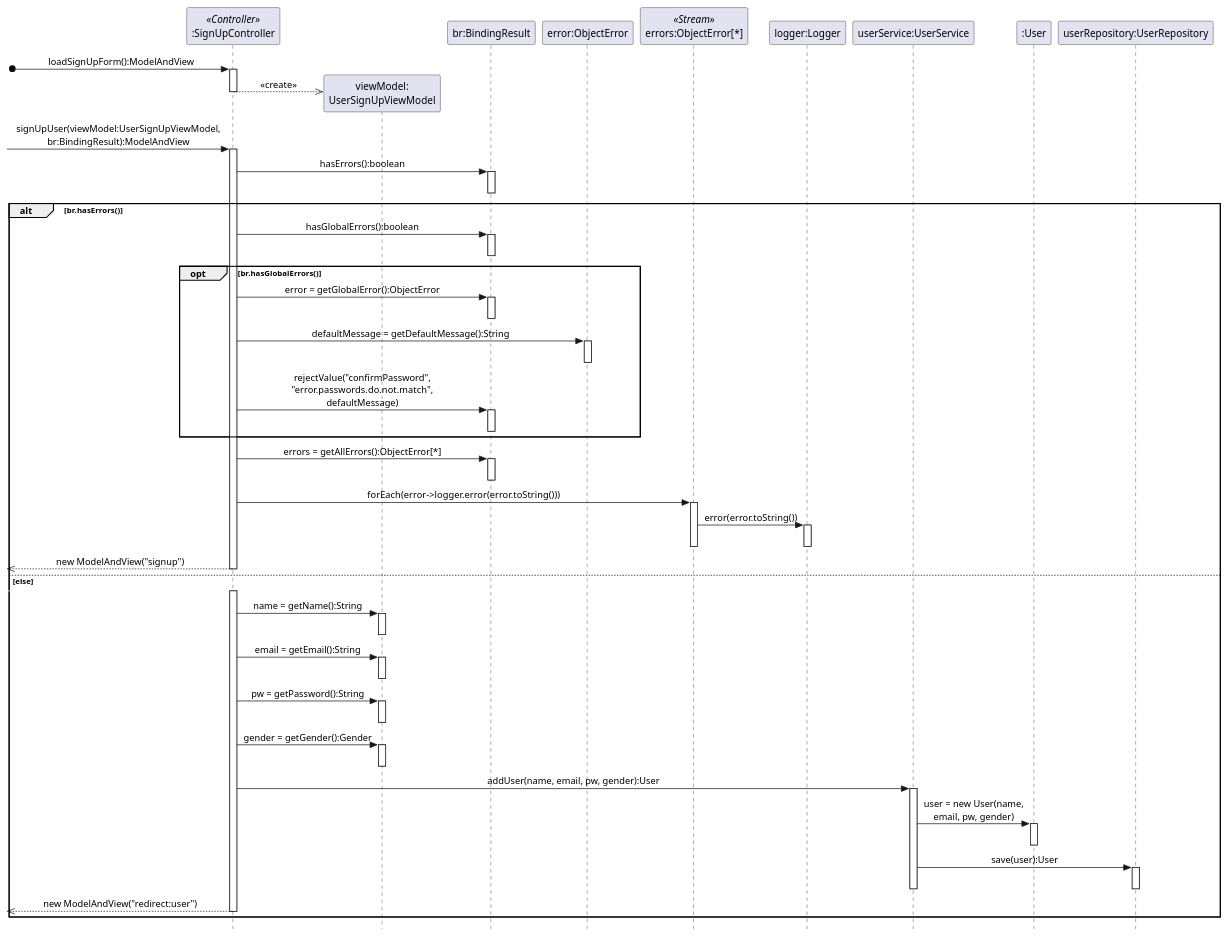
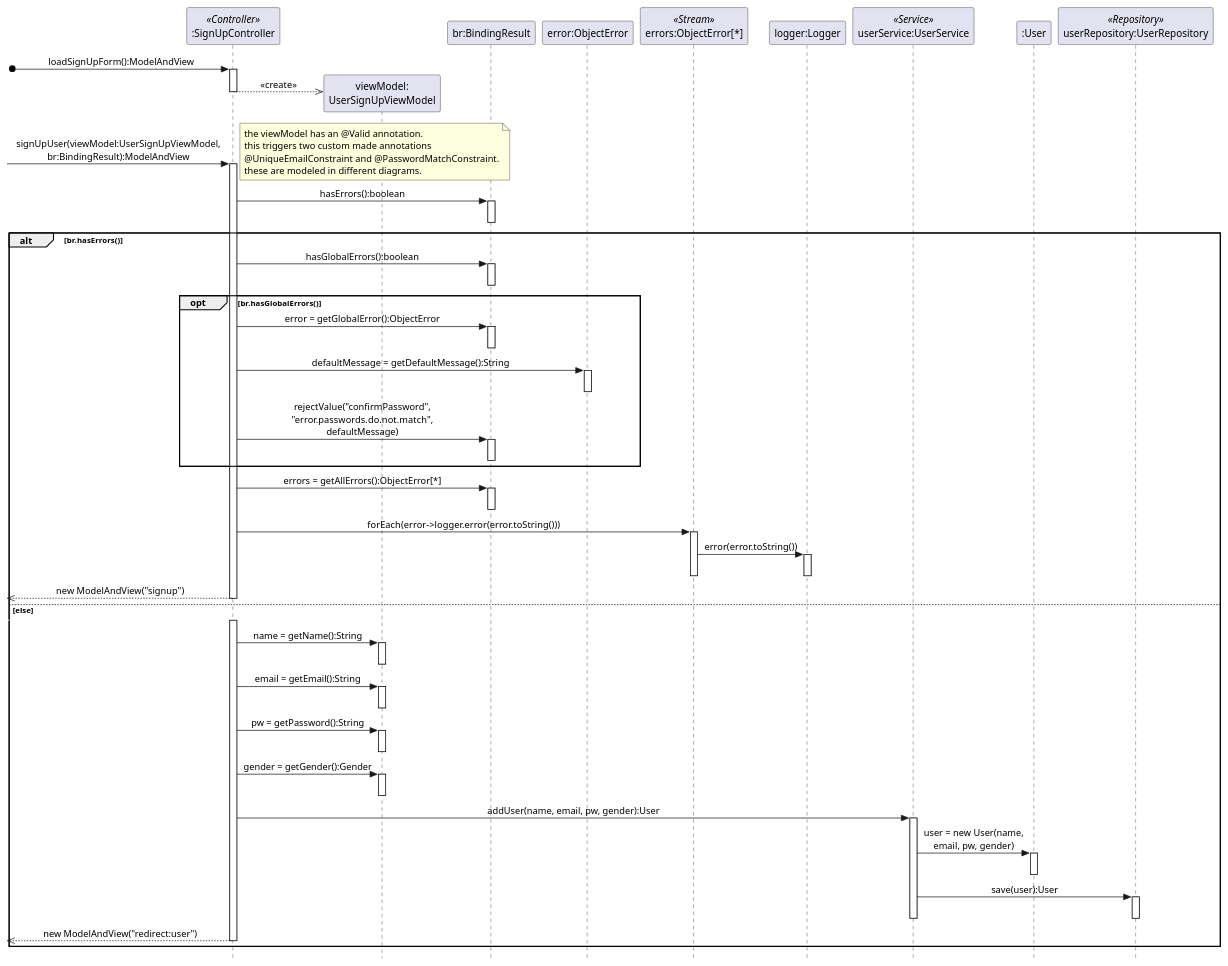
The first of 3 diagrams in plantuml/interaction diagrams sign up.puml (Seifeldin-Sabry/Eirene), drawn with PlantUML before and after one commit. The commit also changed other lines of this file, not shown here.

Commit message:
chore:updated interaction diagrams signing up

```diff
--- a/plantuml/interaction diagrams sign up.puml
+++ b/plantuml/interaction diagrams sign up.puml
@@ -1,62 +1,68 @@
 @startuml creating an account
 
 skinparam style strictuml
 skinparam sequenceMessageAlign center
 autoactivate on
 'skinparam maxMessageSize 150
 
 
 participant ":SignUpController" as signup <<Controller>>
 participant "viewModel:\nUserSignUpViewModel" as viewmodel
 participant "br:BindingResult" as br
 participant "error:ObjectError" as error
 participant "errors:ObjectError[*]" as errors <<Stream>>
 participant "logger:Logger" as logger
-participant "userService:UserService" as service
+participant "userService:UserService" as service <<Service>>
 participant ":User" as user
-participant "userRepository:UserRepository" as repo
+participant "userRepository:UserRepository" as repo <<Repository>>
 
 [o-> signup : loadSignUpForm():ModelAndView
 create viewmodel
 signup -->> viewmodel : <<create>>
 [-> signup : signUpUser(viewModel:UserSignUpViewModel,\nbr:BindingResult):ModelAndView
+note right
+the viewModel has an @Valid annotation.
+this triggers two custom made annotations
+@UniqueEmailConstraint and @PasswordMatchConstraint.
+these are modeled in different diagrams.
+end note
 signup -> br : hasErrors():boolean
 deactivate
 alt br.hasErrors()
     signup -> br : hasGlobalErrors():boolean
     deactivate
     opt br.hasGlobalErrors()
         signup -> br : error = getGlobalError():ObjectError
         deactivate
         signup -> error : defaultMessage = getDefaultMessage():String
         deactivate
         signup -> br : rejectValue("confirmPassword",\n"error.passwords.do.not.match",\ndefaultMessage)
         deactivate
     end
     signup -> br : errors = getAllErrors():ObjectError[*]
     deactivate
     signup -> errors : forEach(error->logger.error(error.toString()))
     errors -> logger : error(error.toString())
     deactivate
     deactivate
     [<<-- signup : new ModelAndView("signup")
 else else
     [-[#white]> signup
     signup -> viewmodel : name = getName():String
     deactivate
     signup -> viewmodel : email = getEmail():String
     deactivate
     signup -> viewmodel : pw = getPassword():String
     deactivate
     signup -> viewmodel : gender = getGender():Gender
     deactivate
     signup -> service : addUser(name, email, pw, gender):User
     service -> user : user = new User(name,\nemail, pw, gender)
     deactivate
     service -> repo : save(user):User
     deactivate
     deactivate
     [<<-- signup : new ModelAndView("redirect:user")
 end
 
 @enduml
```
